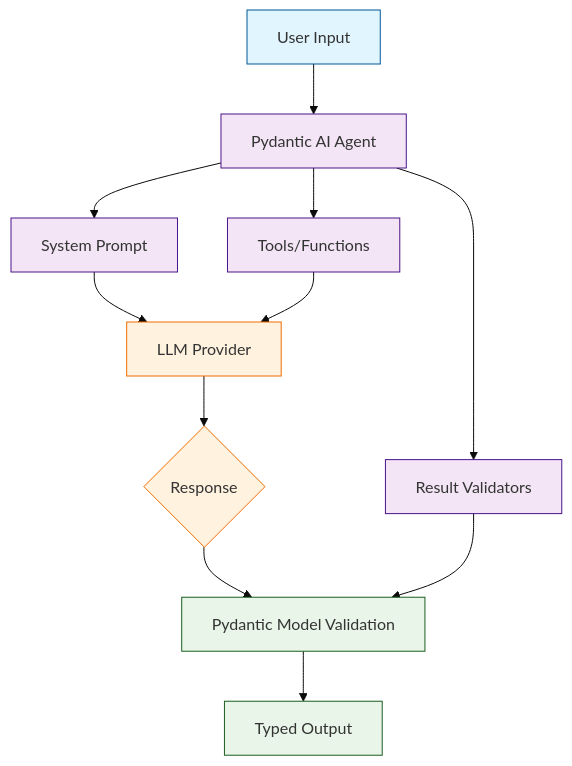
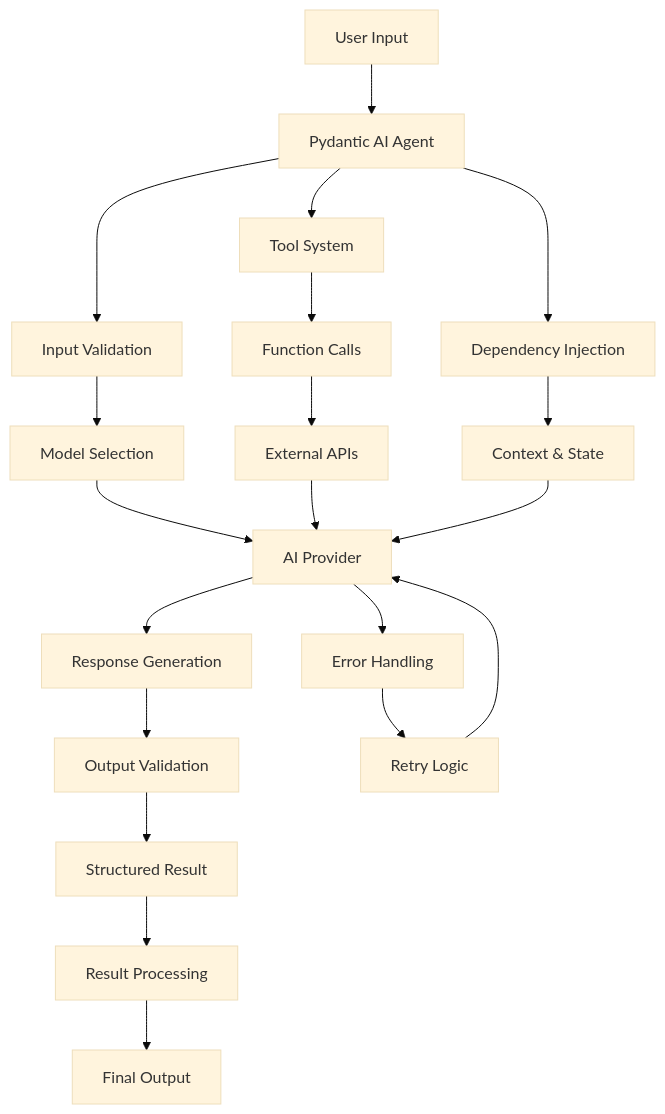
Before and after one commit to johnxie/awesome-code-docs: the diagram in tutorials/pydantic-ai-tutorial/index.md, drawn with Mermaid (base theme). The commit also changed other lines of this file and 25 other files, not shown here.

````diff
--- a/tutorials/pydantic-ai-tutorial/index.md
+++ b/tutorials/pydantic-ai-tutorial/index.md
@@ -37,26 +61,26 @@
 ```mermaid
-flowchart TD
+graph TD
     A[User Input] --> B[Pydantic AI Agent]
-    B --> C[System Prompt]
-    B --> D[Tools/Functions]
-    B --> E[Result Validators]
-    
-    C --> F[LLM Provider]
-    D --> F
-    
-    F --> G{Response}
-    G --> H[Pydantic Model Validation]
-    H --> I[Typed Output]
-    
-    E --> H
-    
-    classDef input fill:#e1f5fe,stroke:#01579b
-    classDef agent fill:#f3e5f5,stroke:#4a148c
-    classDef llm fill:#fff3e0,stroke:#ef6c00
-    classDef output fill:#e8f5e8,stroke:#1b5e20
-    
-    class A input
-    class B,C,D,E agent
-    class F,G llm
-    class H,I output
+    B --> C[Input Validation]
+    C --> D[Model Selection]
+    D --> E[AI Provider]
+    E --> F[Response Generation]
+    F --> G[Output Validation]
+    G --> H[Structured Result]
+
+    B --> I[Tool System]
+    I --> J[Function Calls]
+    J --> K[External APIs]
+    K --> E
+
+    B --> L[Dependency Injection]
+    L --> M[Context & State]
+    M --> E
+
+    E --> N[Error Handling]
+    N --> O[Retry Logic]
+    O --> E
+
+    H --> P[Result Processing]
+    P --> Q[Final Output]
 ```
````
